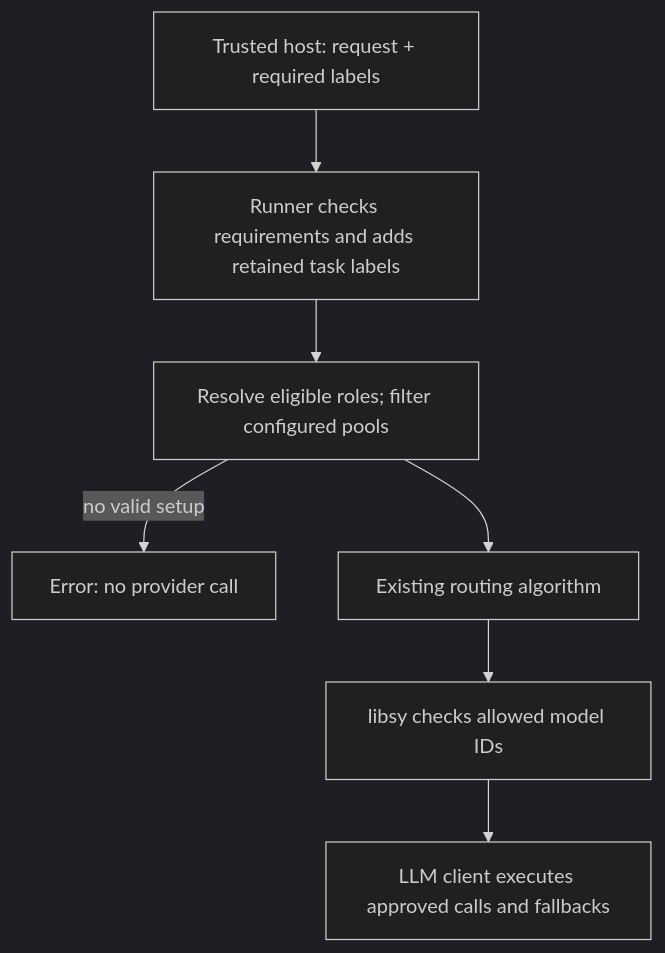
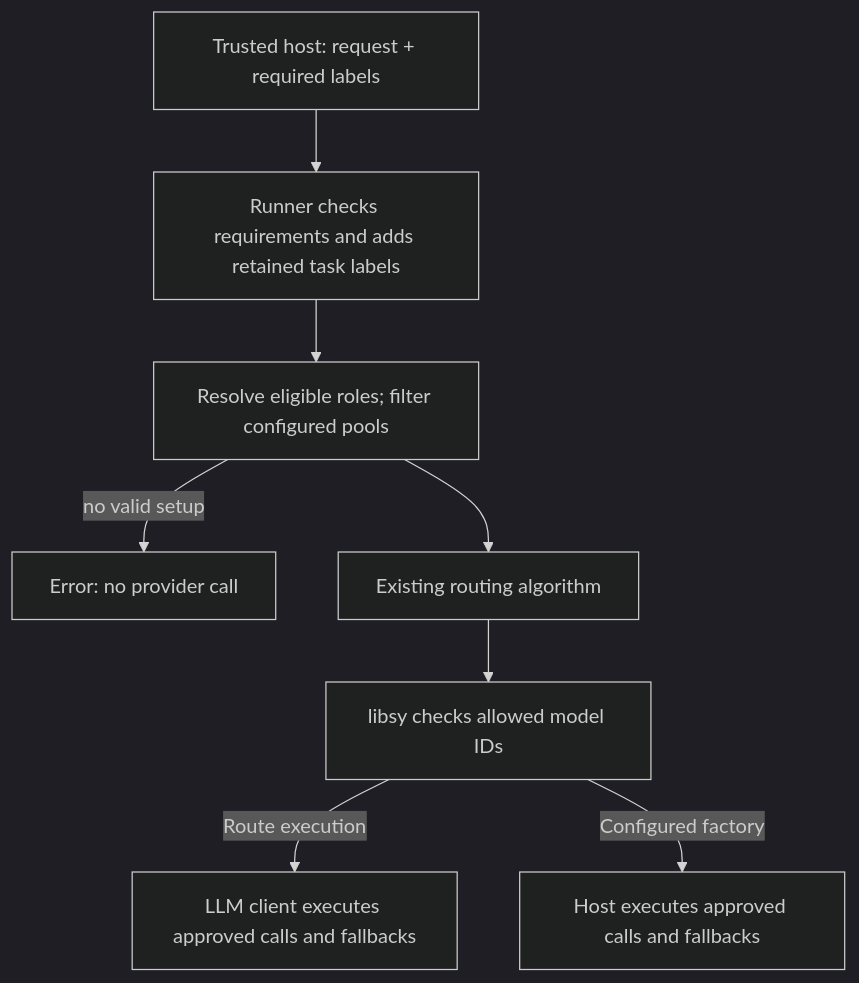
The diagram in docs/internal/target-eligibility.md (NVIDIA-NeMo/Switchyard), drawn with Mermaid (dark theme) before and after one commit. The commit also changed other lines of this file and 4 other files, not shown here.

Commit message:
feat(runner): enforce target requirements for host-owned calls

````diff
--- a/docs/internal/target-eligibility.md
+++ b/docs/internal/target-eligibility.md
@@ -113,9 +139,10 @@
 ```mermaid
 flowchart TD
     H["Trusted host: request + required labels"] --> A["Runner checks requirements and adds retained task labels"]
     A --> P["Resolve eligible roles; filter configured pools"]
     P -->|"no valid setup"| E["Error: no provider call"]
     P --> R["Existing routing algorithm"]
     R --> G["libsy checks allowed model IDs"]
-    G --> C["LLM client executes approved calls and fallbacks"]
+    G -->|"Route execution"| C["LLM client executes approved calls and fallbacks"]
+    G -->|"Configured factory"| F["Host executes approved calls and fallbacks"]
 ```
````
